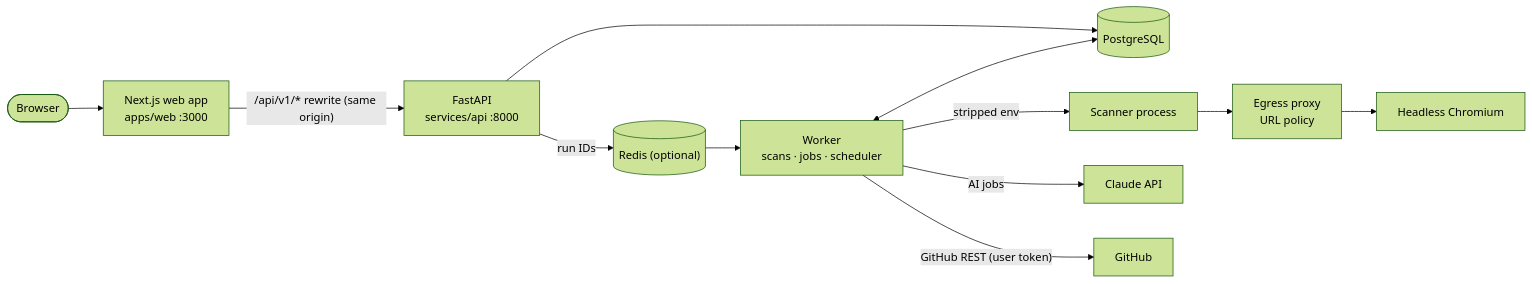
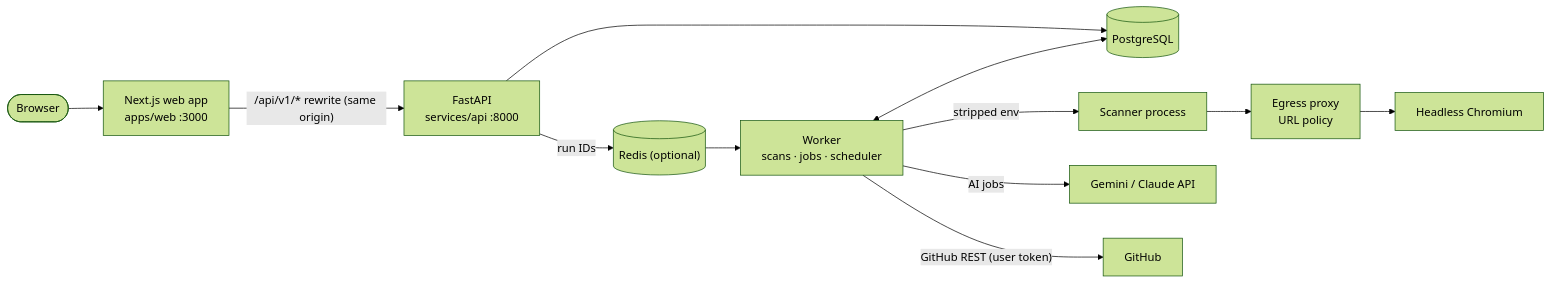
The diagram in README.md (ImalkaDevHub/Fixify), drawn with Mermaid (forest theme) before and after one commit. The commit also changed other lines of this file and 6 other files, not shown here.

````diff
--- a/README.md
+++ b/README.md
@@ -34,12 +34,12 @@
 ```mermaid
 flowchart LR
     U([Browser]) --> W["Next.js web app<br/>apps/web :3000"]
     W -->|"/api/v1/* rewrite (same origin)"| A["FastAPI<br/>services/api :8000"]
     A --> P[("PostgreSQL")]
     A -->|run IDs| R[("Redis (optional)")]
     K["Worker<br/>scans · jobs · scheduler"] <--> P
     R --> K
     K -->|stripped env| S["Scanner process"] --> X["Egress proxy<br/>URL policy"] --> C["Headless Chromium"]
-    K -->|AI jobs| AI["Claude API"]
+    K -->|AI jobs| AI["Gemini / Claude API"]
     K -->|"GitHub REST (user token)"| G["GitHub"]
 ```
````
